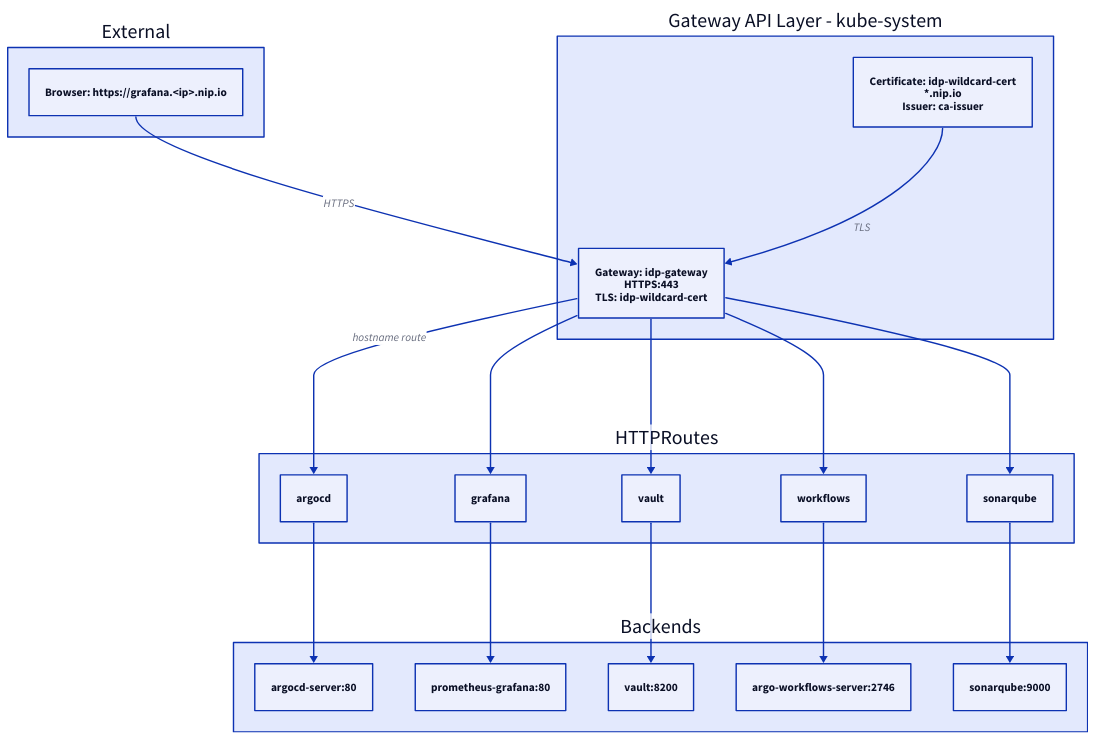
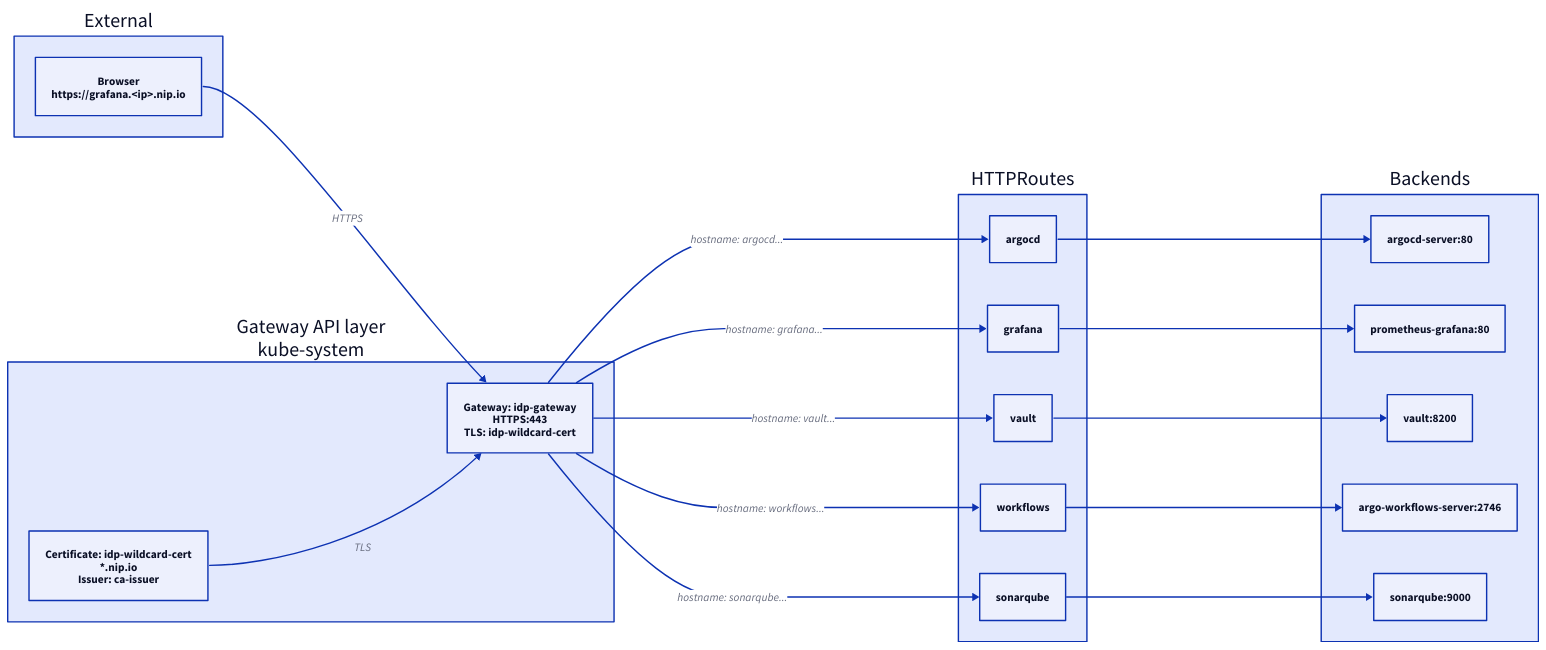
Before and after one commit to rou-cru/idp-blueprint: the fifth of 5 diagrams in Docs/architecture/visual.md, drawn with D2. The commit also changed other lines of this file and 78 other files, not shown here.

Commit message:
docs: restructure architecture and operations

````diff
--- a/Docs/architecture/visual.md
+++ b/Docs/architecture/visual.md
@@ -324,43 +149,46 @@
 ```d2
-direction: down
+direction: right
 
 External: {
-  Browser: "Browser: https://grafana.<ip>.nip.io"
+  Browser: "Browser\nhttps://grafana.<ip>.nip.io"
 }
 
 GatewayNS: {
-  label: "Gateway API Layer - kube-system"
+  label: "Gateway API layer\nkube-system"
   Gateway: "Gateway: idp-gateway\nHTTPS:443\nTLS: idp-wildcard-cert"
   Cert: "Certificate: idp-wildcard-cert\n*.nip.io\nIssuer: ca-issuer"
 }
 
 Routes: {
   label: "HTTPRoutes"
   HR1: "argocd"
   HR2: "grafana"
   HR3: "vault"
   HR4: "workflows"
   HR5: "sonarqube"
 }
 
 Backends: {
+  label: "Backends"
   S1: "argocd-server:80"
   S2: "prometheus-grafana:80"
   S3: "vault:8200"
   S4: "argo-workflows-server:2746"
   S5: "sonarqube:9000"
 }
 
-External.Browser -> GatewayNS.Gateway: HTTPS
-GatewayNS.Gateway -> Routes.HR1: hostname route
-GatewayNS.Gateway -> Routes.HR2
-GatewayNS.Gateway -> Routes.HR3
-GatewayNS.Gateway -> Routes.HR4
-GatewayNS.Gateway -> Routes.HR5
+External.Browser -> GatewayNS.Gateway: "HTTPS"
+GatewayNS.Gateway -> Routes.HR1: "hostname: argocd..."
+GatewayNS.Gateway -> Routes.HR2: "hostname: grafana..."
+GatewayNS.Gateway -> Routes.HR3: "hostname: vault..."
+GatewayNS.Gateway -> Routes.HR4: "hostname: workflows..."
+GatewayNS.Gateway -> Routes.HR5: "hostname: sonarqube..."
+
 Routes.HR1 -> Backends.S1
 Routes.HR2 -> Backends.S2
 Routes.HR3 -> Backends.S3
 Routes.HR4 -> Backends.S4
 Routes.HR5 -> Backends.S5
-GatewayNS.Cert -> GatewayNS.Gateway: TLS
+
+GatewayNS.Cert -> GatewayNS.Gateway: "TLS"
 ```
````
